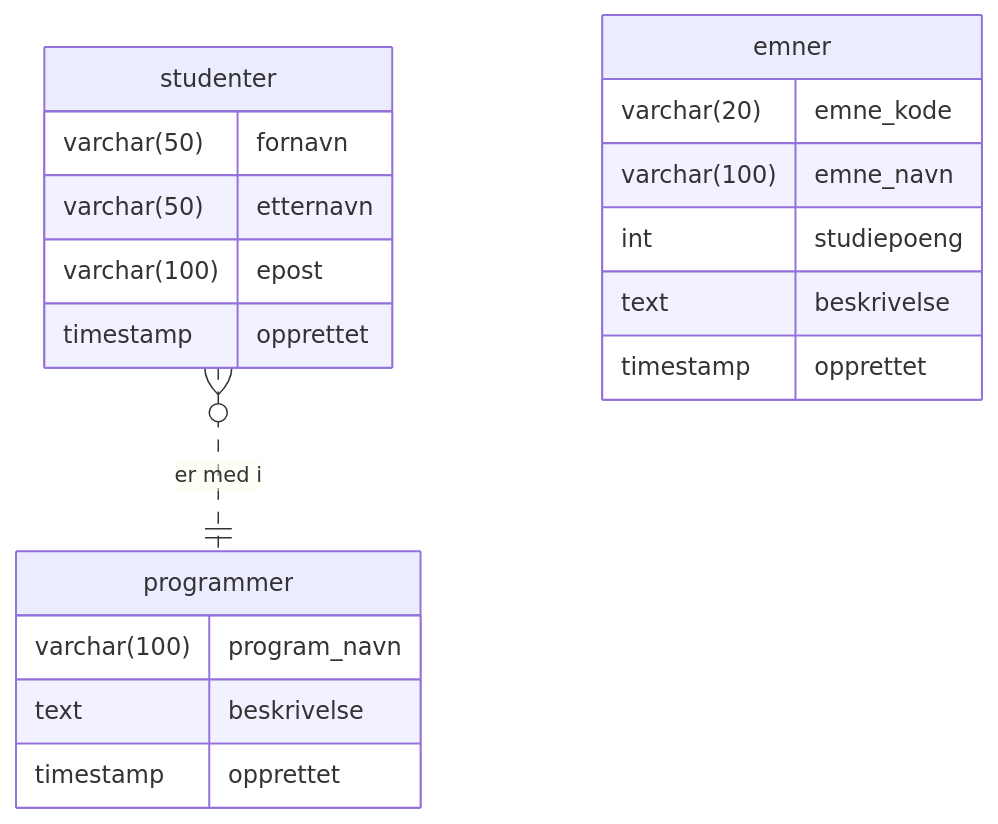
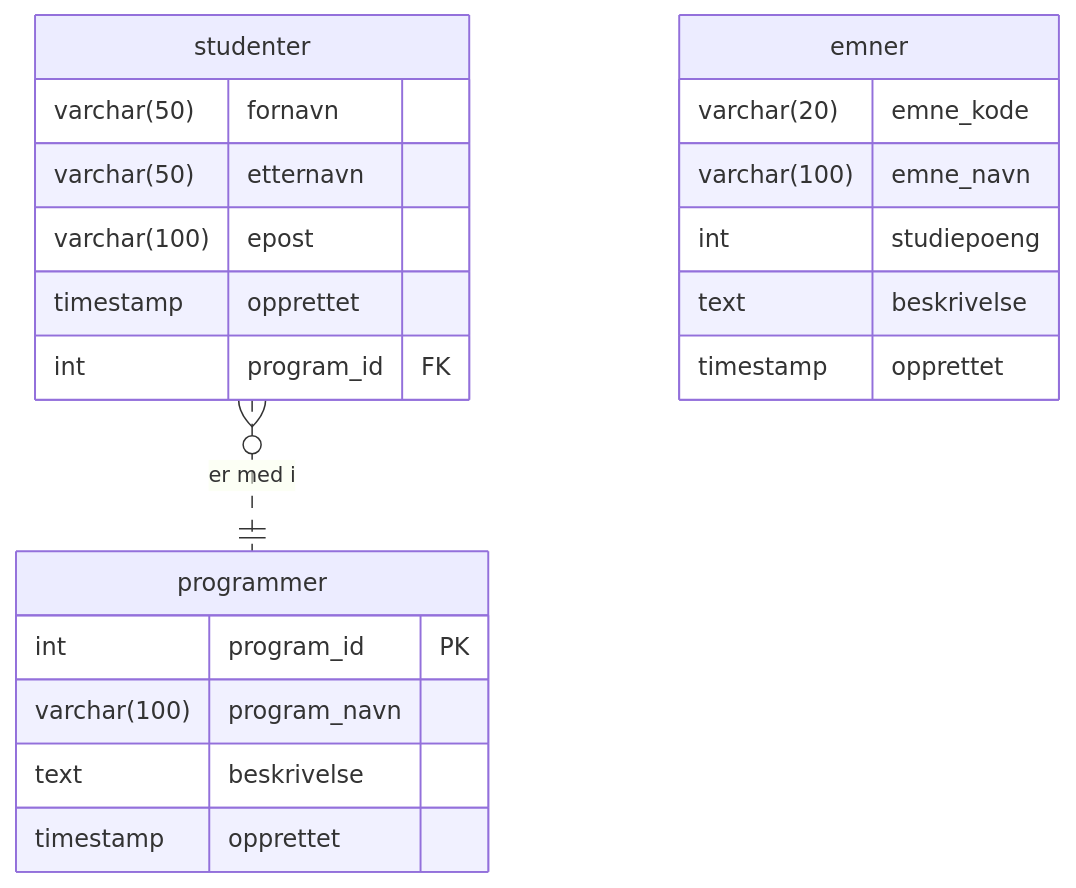
The fifth of 7 diagrams in forelesning05/forelesningsnotat-fra-modell-til-database.md (digitnow/data1500-forelesning), drawn with Mermaid before and after one commit. The commit also changed other lines of this file, not shown here.

````diff
--- a/forelesning05/forelesningsnotat-fra-modell-til-database.md
+++ b/forelesning05/forelesningsnotat-fra-modell-til-database.md
@@ -169,22 +171,24 @@
 ```mermaid
 erDiagram
     studenter {
    		varchar(50) fornavn
         varchar(50) etternavn
     	varchar(100) epost
     	timestamp opprettet
+    	int program_id FK
     }
     programmer {
+    	int program_id PK
     	varchar(100) program_navn
     	text beskrivelse
     	timestamp opprettet
     }
     emner {
     	varchar(20) emne_kode
     	varchar(100) emne_navn
     	int studiepoeng
     	text beskrivelse
     	timestamp opprettet
     }
     studenter }o..|| programmer: "er med i"
 ```
````
